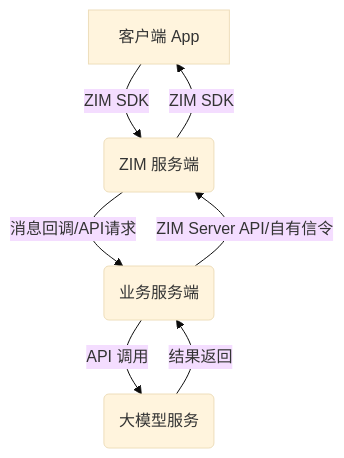
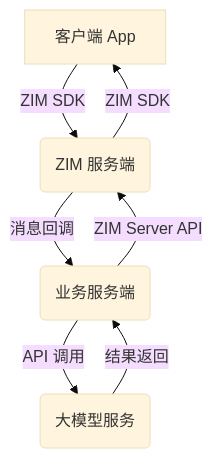
The diagram in core_products/aiagent/zh/docs_aiagent_server_zh/Best Practices/Interact with the in-app chat.mdx (ZEGOCLOUD/docs_all), drawn with Mermaid (base theme) before and after one commit.

Commit message:
docs(aiagent): 更新文档中关于应用内聊天交互的流程图

````diff
--- a/core_products/aiagent/zh/docs_aiagent_server_zh/Best Practices/Interact with the in-app chat.mdx
+++ b/core_products/aiagent/zh/docs_aiagent_server_zh/Best Practices/Interact with the in-app chat.mdx
@@ -17,9 +17,9 @@
 ```mermaid
 graph TD
     A[客户端 App] -- ZIM SDK --> B(ZIM 服务端)
-    B -- 消息回调/API请求 --> C(业务服务端)
+    B -- 消息回调 --> C(业务服务端)
     C -- API 调用 --> D(大模型服务)
     D -- 结果返回 --> C
-    C -- ZIM Server API/自有信令 --> B
+    C -- ZIM Server API --> B
     B -- ZIM SDK --> A
 ```
````
